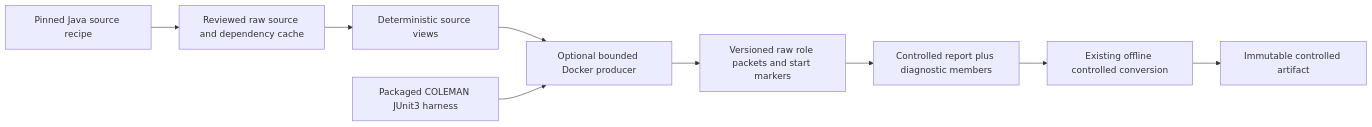
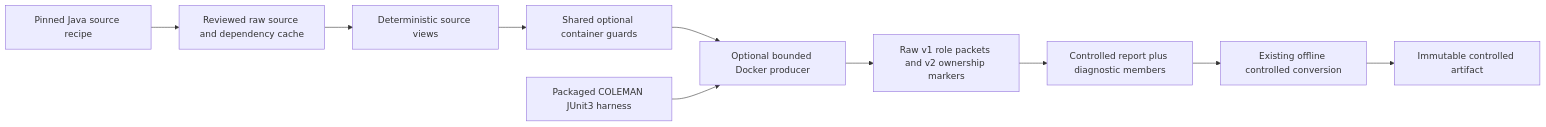
The diagram in docs/junit-source-capture.md (jacksonpradolima/coleman4hcs), drawn with Mermaid before and after one commit. The commit also changed other lines of this file and 1 other file, not shown here.

Commit message:
test(corpus): isolate shared unit validation assertions

````diff
--- a/docs/junit-source-capture.md
+++ b/docs/junit-source-capture.md
@@ -91,11 +91,12 @@
 ```mermaid
 flowchart LR
     recipe[Pinned Java source recipe] --> raw[Reviewed raw source and dependency cache]
     raw --> views[Deterministic source views]
-    views --> producer[Optional bounded Docker producer]
+    views --> guards[Shared optional container guards]
+    guards --> producer[Optional bounded Docker producer]
     harness[Packaged COLEMAN JUnit3 harness] --> producer
-    producer --> packets[Versioned raw role packets and start markers]
+    producer --> packets[Raw v1 role packets and v2 ownership markers]
     packets --> report[Controlled report plus diagnostic members]
     report --> domain[Existing offline controlled conversion]
     domain --> artifact[Immutable controlled artifact]
 ```
````
